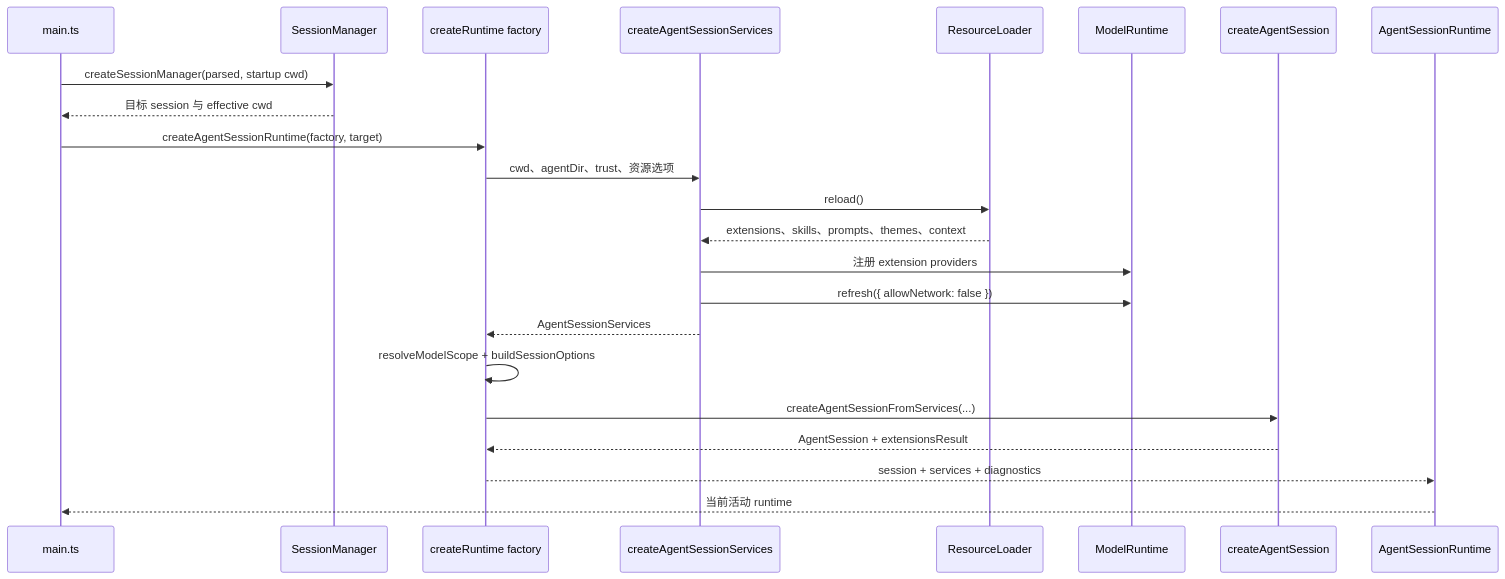
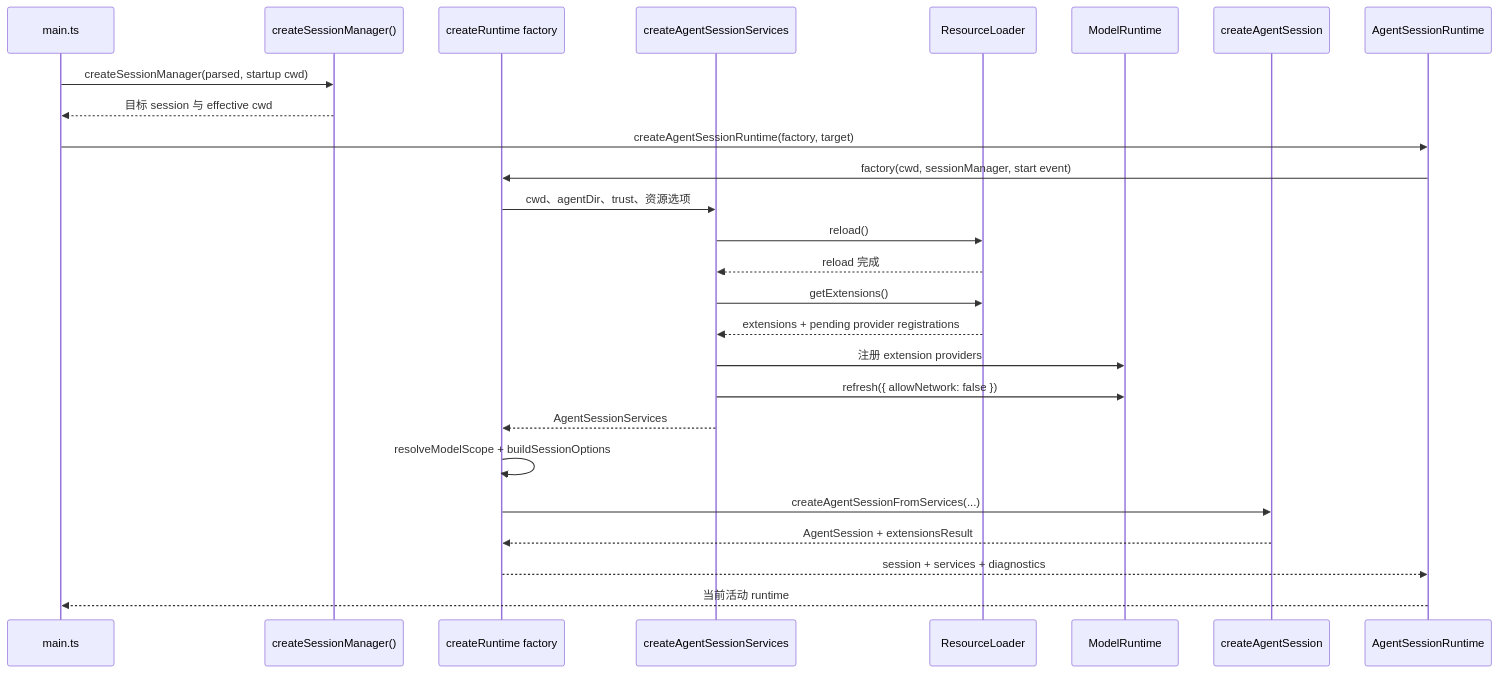
Before and after one commit to tcy1999/pi: the diagram in architecture-analysis/call-flows/runtime-bootstrap.md, drawn with Mermaid. The commit also changed other lines of this file and 24 other files, not shown here.

````diff
--- a/architecture-analysis/call-flows/runtime-bootstrap.md
+++ b/architecture-analysis/call-flows/runtime-bootstrap.md
@@ -9,26 +9,29 @@
 ```mermaid
 sequenceDiagram
   participant MAIN as main.ts
-  participant SM as SessionManager
+  participant SM as createSessionManager()
   participant F as createRuntime factory
   participant SVC as createAgentSessionServices
   participant RES as ResourceLoader
   participant MODEL as ModelRuntime
   participant SDK as createAgentSession
   participant RT as AgentSessionRuntime
 
   MAIN->>SM: createSessionManager(parsed, startup cwd)
   SM-->>MAIN: 目标 session 与 effective cwd
-  MAIN->>F: createAgentSessionRuntime(factory, target)
+  MAIN->>RT: createAgentSessionRuntime(factory, target)
+  RT->>F: factory(cwd, sessionManager, start event)
   F->>SVC: cwd、agentDir、trust、资源选项
   SVC->>RES: reload()
-  RES-->>SVC: extensions、skills、prompts、themes、context
+  RES-->>SVC: reload 完成
+  SVC->>RES: getExtensions()
+  RES-->>SVC: extensions + pending provider registrations
   SVC->>MODEL: 注册 extension providers
   SVC->>MODEL: refresh({ allowNetwork: false })
   SVC-->>F: AgentSessionServices
   F->>F: resolveModelScope + buildSessionOptions
   F->>SDK: createAgentSessionFromServices(...)
   SDK-->>F: AgentSession + extensionsResult
   F-->>RT: session + services + diagnostics
   RT-->>MAIN: 当前活动 runtime
 ```
````
